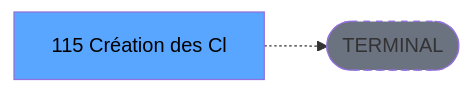
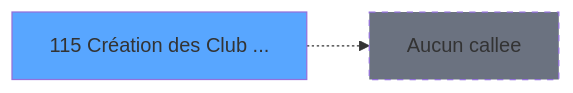
The third of 3 diagrams in .openspec/specs/ADH-IDE-115.md (thonyAGP/magic-migration), drawn with Mermaid before and after one commit. The commit also changed other lines of this file and 493 other files, not shown here.

````diff
--- a/.openspec/specs/ADH-IDE-115.md
+++ b/.openspec/specs/ADH-IDE-115.md
@@ -140,8 +292,8 @@
 ```mermaid
 graph LR
-    T[115 Création des Cl]
-    TERM([TERMINAL])
-    T -.-> TERM
-    style TERM fill:#6b7280,stroke-dasharray: 5 5
-    style T fill:#58a6ff,color:#000
+    T115[115 Création des Club ...]
+    style T115 fill:#58a6ff
+    NONE[Aucun callee]
+    T115 -.-> NONE
+    style NONE fill:#6b7280,stroke-dasharray: 5 5
 ```
````
